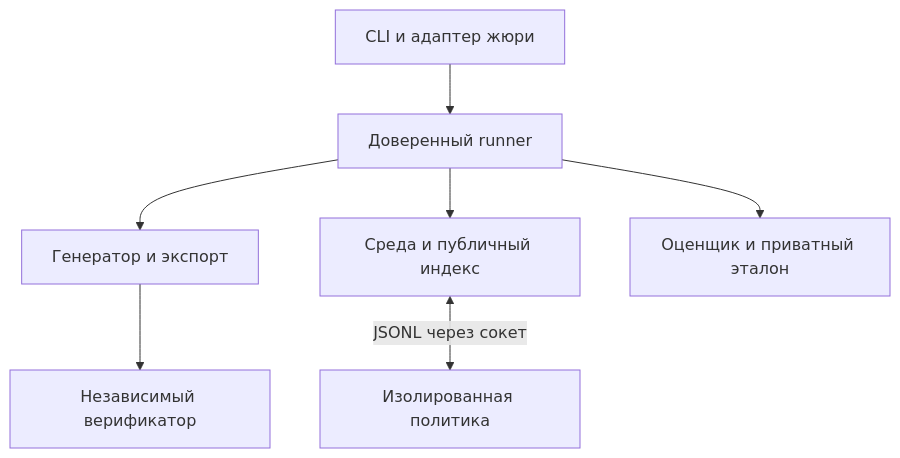
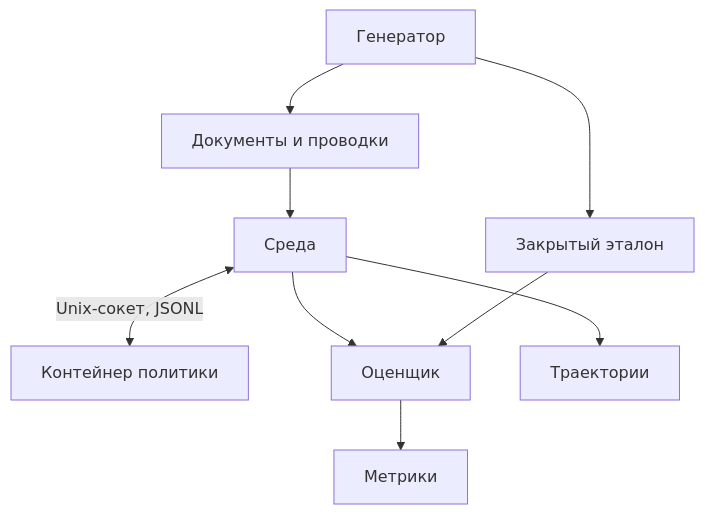
Before and after one commit to reaxni/genesis_fintech: the diagram in docs/ARCHITECTURE.md, drawn with Mermaid. The commit also changed other lines of this file and 12 other files, not shown here.

````diff
--- a/docs/ARCHITECTURE.md
+++ b/docs/ARCHITECTURE.md
@@ -313,9 +5,11 @@
 ```mermaid
 flowchart TD
-  A["CLI и адаптер жюри"] --> B["Доверенный runner"]
-  B --> C["Генератор и экспорт"]
-  B --> D["Среда и публичный индекс"]
-  B --> E["Оценщик и приватный эталон"]
-  D <-->|"JSONL через сокет"| F["Изолированная политика"]
-  C --> G["Независимый верификатор"]
+    G["Генератор"] --> D["Документы и проводки"]
+    G --> T["Закрытый эталон"]
+    D --> E["Среда"]
+    E <-->|"Unix-сокет, JSONL"| P["Контейнер политики"]
+    E --> S["Оценщик"]
+    T --> S
+    E --> O["Траектории"]
+    S --> M["Метрики"]
 ```
````
